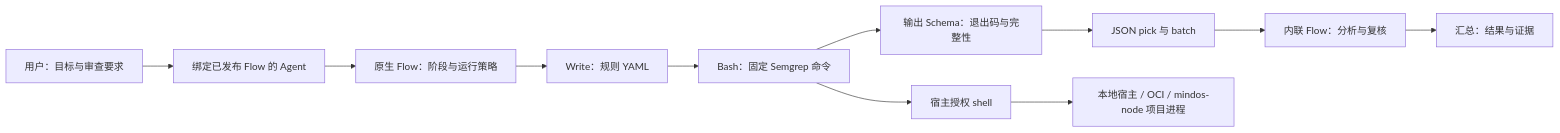
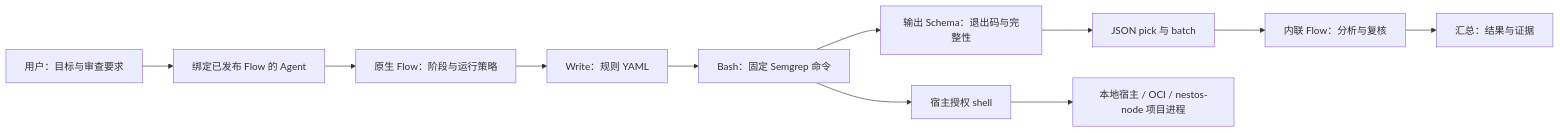
One commit to mushuanli/NestOS changed the diagram in doc/design/raptor-harness-integration.md. Above: the diagram before and after it, drawn with Mermaid. The commit also changed other lines of this file and 428 other files, not shown here.

````diff
--- a/doc/design/raptor-harness-integration.md
+++ b/doc/design/raptor-harness-integration.md
@@ -70,13 +70,13 @@
 ```mermaid
 flowchart LR
     U[用户：目标与审查要求] --> A[绑定已发布 Flow 的 Agent]
     A --> F[原生 Flow：阶段与运行策略]
     F --> W[Write：规则 YAML]
     W --> S[Bash：固定 Semgrep 命令]
     S --> G[输出 Schema：退出码与完整性]
     G --> B[JSON pick 与 batch]
     B --> M[内联 Flow：分析与复核]
     M --> O[汇总：结果与证据]
     S --> E[宿主授权 shell]
-    E --> L[本地宿主 / OCI / mindos-node 项目进程]
+    E --> L[本地宿主 / OCI / nestos-node 项目进程]
 ```
````
